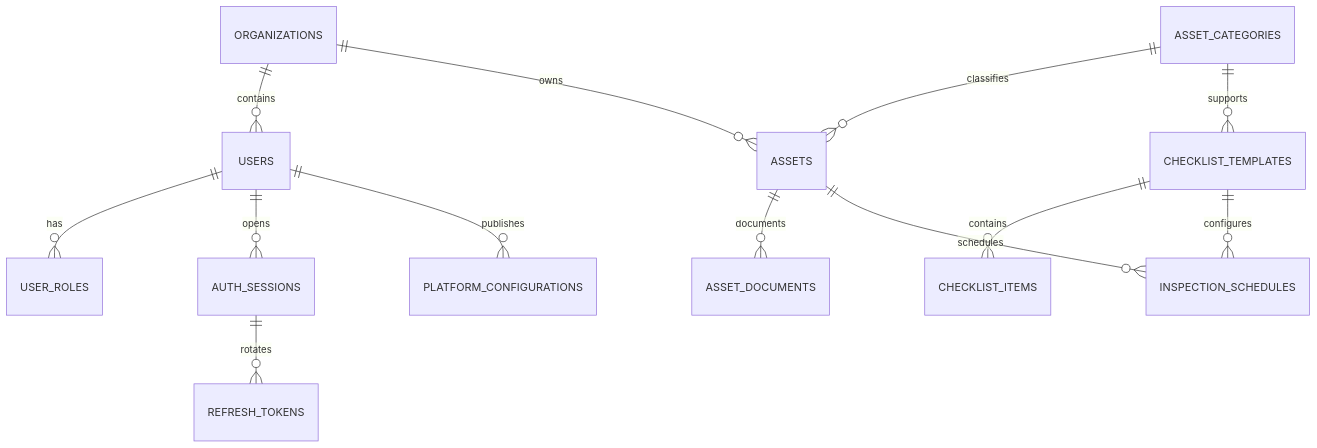
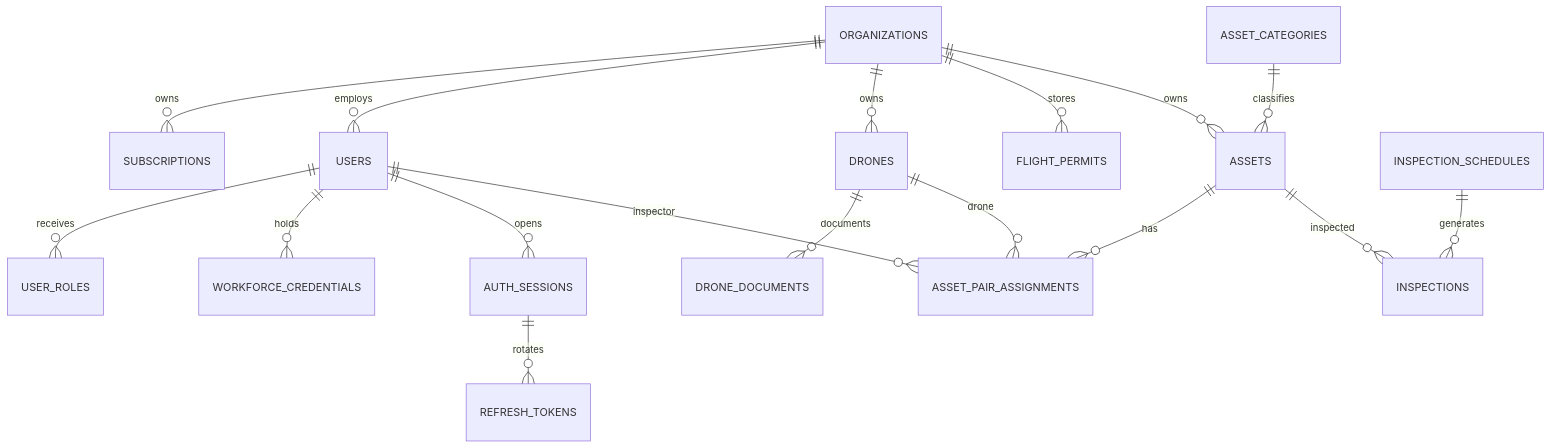
The first of 3 diagrams in project-reference/database-design.md (tungbach12/SmartDroneInspection-Docs), drawn with Mermaid before and after one commit. The commit also changed other lines of this file and 39 other files, not shown here.

````diff
--- a/project-reference/database-design.md
+++ b/project-reference/database-design.md
@@ -87,15 +113,20 @@
 ```mermaid
 erDiagram
-    ORGANIZATIONS ||--o{ USERS : contains
-    USERS ||--o{ USER_ROLES : has
+    ORGANIZATIONS ||--o{ SUBSCRIPTIONS : owns
+    ORGANIZATIONS ||--o{ USERS : employs
+    USERS ||--o{ USER_ROLES : receives
+    USERS ||--o{ WORKFORCE_CREDENTIALS : holds
     USERS ||--o{ AUTH_SESSIONS : opens
     AUTH_SESSIONS ||--o{ REFRESH_TOKENS : rotates
-    USERS ||--o{ PLATFORM_CONFIGURATIONS : publishes
+
+    ORGANIZATIONS ||--o{ DRONES : owns
+    DRONES ||--o{ DRONE_DOCUMENTS : documents
+    ORGANIZATIONS ||--o{ FLIGHT_PERMITS : stores
     ORGANIZATIONS ||--o{ ASSETS : owns
+    ASSETS ||--o{ ASSET_PAIR_ASSIGNMENTS : has
+    USERS ||--o{ ASSET_PAIR_ASSIGNMENTS : inspector
+    DRONES ||--o{ ASSET_PAIR_ASSIGNMENTS : drone
+    ASSETS ||--o{ INSPECTIONS : inspected
     ASSET_CATEGORIES ||--o{ ASSETS : classifies
-    ASSET_CATEGORIES ||--o{ CHECKLIST_TEMPLATES : supports
-    CHECKLIST_TEMPLATES ||--o{ CHECKLIST_ITEMS : contains
-    ASSETS ||--o{ ASSET_DOCUMENTS : documents
-    ASSETS ||--o{ INSPECTION_SCHEDULES : schedules
-    CHECKLIST_TEMPLATES ||--o{ INSPECTION_SCHEDULES : configures
+    INSPECTION_SCHEDULES ||--o{ INSPECTIONS : generates
 ```
````
